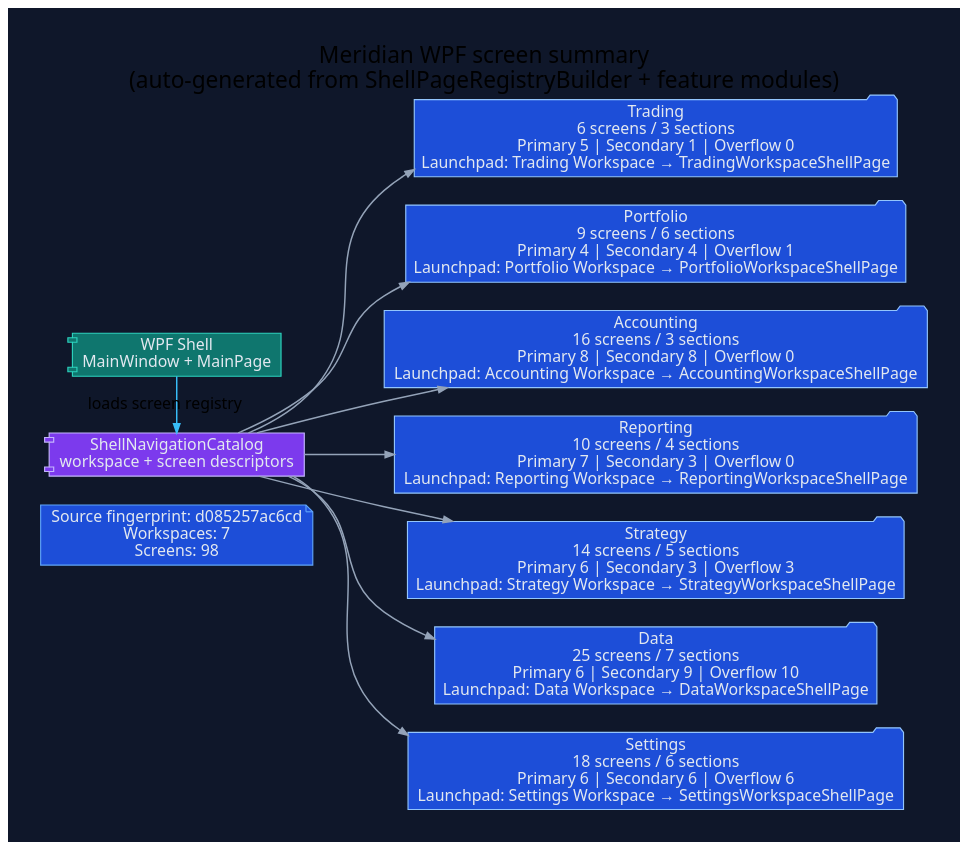
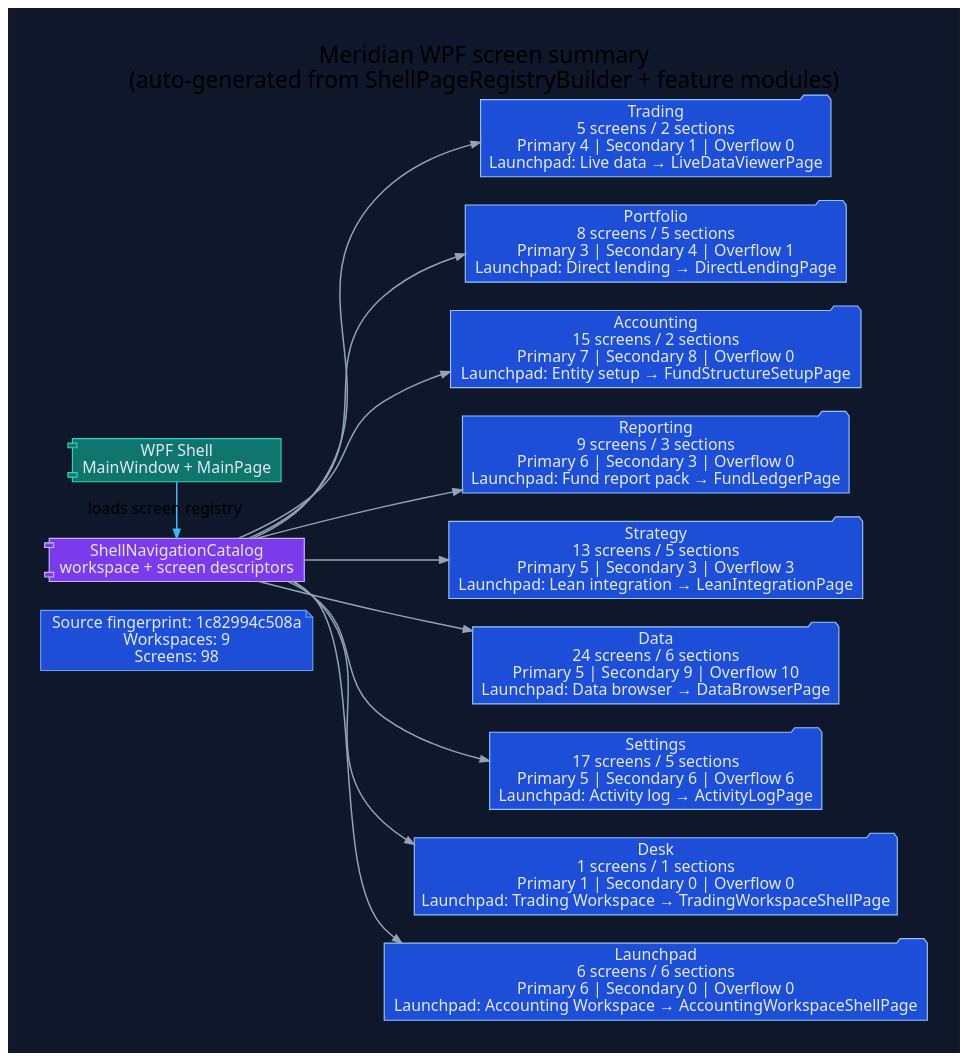
The diagram in docs/diagrams/ui-wpf-screen-summary.dot (rodoHasArrived/Meridian-main), drawn with Graphviz before and after one commit. The commit also changed 50 other files, not shown here.

```diff
--- a/docs/diagrams/ui-wpf-screen-summary.dot
+++ b/docs/diagrams/ui-wpf-screen-summary.dot
@@ -1,42 +1,46 @@
 // -----------------------------------------------------------------------------
 // <auto-generated>
 // Generated by scripts/generate-diagrams.mjs.
 // Do not edit this file directly; update the WPF source files instead.
 // -----------------------------------------------------------------------------
 digraph WpfScreenSummary {
   graph [
     rankdir=LR,
     labelloc=t,
     label="Meridian WPF screen summary\n(auto-generated from ShellPageRegistryBuilder + feature modules)",
     fontname="Segoe UI",
     fontsize=20,
     pad=0.4,
     nodesep=0.35,
     ranksep=0.85,
     bgcolor="#0f172a"
   ];
   node [fontname="Segoe UI", shape=box, style="rounded,filled", color="#475569", fontcolor="#e2e8f0", fillcolor="#1e293b"];
   edge [fontname="Segoe UI", color="#94a3b8", penwidth=1.3, arrowsize=0.8];
 
-  generated [shape=note, fillcolor="#1d4ed8", color="#60a5fa", label="Source fingerprint: d085257ac6cd\nWorkspaces: 7\nScreens: 98"];
+  generated [shape=note, fillcolor="#1d4ed8", color="#60a5fa", label="Source fingerprint: 1c82994c508a\nWorkspaces: 9\nScreens: 98"];
   shell [shape=component, fillcolor="#0f766e", color="#2dd4bf", label="WPF Shell\nMainWindow + MainPage"];
   catalog [shape=component, fillcolor="#7c3aed", color="#c4b5fd", label="ShellNavigationCatalog\nworkspace + screen descriptors"];
   shell -> catalog [label="loads screen registry", color="#38bdf8"];
 
-  workspace_1 [shape=folder, fillcolor="#1d4ed8", color="#93c5fd", label="Trading\n6 screens / 3 sections\nPrimary 5 | Secondary 1 | Overflow 0\nLaunchpad: Trading Workspace → TradingWorkspaceShellPage"];
+  workspace_1 [shape=folder, fillcolor="#1d4ed8", color="#93c5fd", label="Trading\n5 screens / 2 sections\nPrimary 4 | Secondary 1 | Overflow 0\nLaunchpad: Live data → LiveDataViewerPage"];
   catalog -> workspace_1;
-  workspace_2 [shape=folder, fillcolor="#1d4ed8", color="#93c5fd", label="Portfolio\n9 screens / 6 sections\nPrimary 4 | Secondary 4 | Overflow 1\nLaunchpad: Portfolio Workspace → PortfolioWorkspaceShellPage"];
+  workspace_2 [shape=folder, fillcolor="#1d4ed8", color="#93c5fd", label="Portfolio\n8 screens / 5 sections\nPrimary 3 | Secondary 4 | Overflow 1\nLaunchpad: Direct lending → DirectLendingPage"];
   catalog -> workspace_2;
-  workspace_3 [shape=folder, fillcolor="#1d4ed8", color="#93c5fd", label="Accounting\n16 screens / 3 sections\nPrimary 8 | Secondary 8 | Overflow 0\nLaunchpad: Accounting Workspace → AccountingWorkspaceShellPage"];
+  workspace_3 [shape=folder, fillcolor="#1d4ed8", color="#93c5fd", label="Accounting\n15 screens / 2 sections\nPrimary 7 | Secondary 8 | Overflow 0\nLaunchpad: Entity setup → FundStructureSetupPage"];
   catalog -> workspace_3;
-  workspace_4 [shape=folder, fillcolor="#1d4ed8", color="#93c5fd", label="Reporting\n10 screens / 4 sections\nPrimary 7 | Secondary 3 | Overflow 0\nLaunchpad: Reporting Workspace → ReportingWorkspaceShellPage"];
+  workspace_4 [shape=folder, fillcolor="#1d4ed8", color="#93c5fd", label="Reporting\n9 screens / 3 sections\nPrimary 6 | Secondary 3 | Overflow 0\nLaunchpad: Fund report pack → FundLedgerPage"];
   catalog -> workspace_4;
-  workspace_5 [shape=folder, fillcolor="#1d4ed8", color="#93c5fd", label="Strategy\n14 screens / 5 sections\nPrimary 6 | Secondary 3 | Overflow 3\nLaunchpad: Strategy Workspace → StrategyWorkspaceShellPage"];
+  workspace_5 [shape=folder, fillcolor="#1d4ed8", color="#93c5fd", label="Strategy\n13 screens / 5 sections\nPrimary 5 | Secondary 3 | Overflow 3\nLaunchpad: Lean integration → LeanIntegrationPage"];
   catalog -> workspace_5;
-  workspace_6 [shape=folder, fillcolor="#1d4ed8", color="#93c5fd", label="Data\n25 screens / 7 sections\nPrimary 6 | Secondary 9 | Overflow 10\nLaunchpad: Data Workspace → DataWorkspaceShellPage"];
+  workspace_6 [shape=folder, fillcolor="#1d4ed8", color="#93c5fd", label="Data\n24 screens / 6 sections\nPrimary 5 | Secondary 9 | Overflow 10\nLaunchpad: Data browser → DataBrowserPage"];
   catalog -> workspace_6;
-  workspace_7 [shape=folder, fillcolor="#1d4ed8", color="#93c5fd", label="Settings\n18 screens / 6 sections\nPrimary 6 | Secondary 6 | Overflow 6\nLaunchpad: Settings Workspace → SettingsWorkspaceShellPage"];
+  workspace_7 [shape=folder, fillcolor="#1d4ed8", color="#93c5fd", label="Settings\n17 screens / 5 sections\nPrimary 5 | Secondary 6 | Overflow 6\nLaunchpad: Activity log → ActivityLogPage"];
   catalog -> workspace_7;
+  workspace_8 [shape=folder, fillcolor="#1d4ed8", color="#93c5fd", label="Desk\n1 screens / 1 sections\nPrimary 1 | Secondary 0 | Overflow 0\nLaunchpad: Trading Workspace → TradingWorkspaceShellPage"];
+  catalog -> workspace_8;
+  workspace_9 [shape=folder, fillcolor="#1d4ed8", color="#93c5fd", label="Launchpad\n6 screens / 6 sections\nPrimary 6 | Secondary 0 | Overflow 0\nLaunchpad: Accounting Workspace → AccountingWorkspaceShellPage"];
+  catalog -> workspace_9;
 
   { rank=min; generated; shell; catalog; }
 }
```
